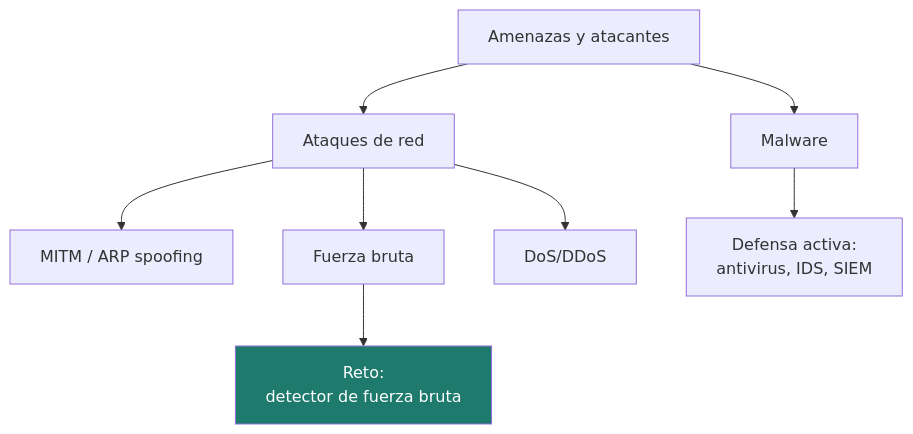
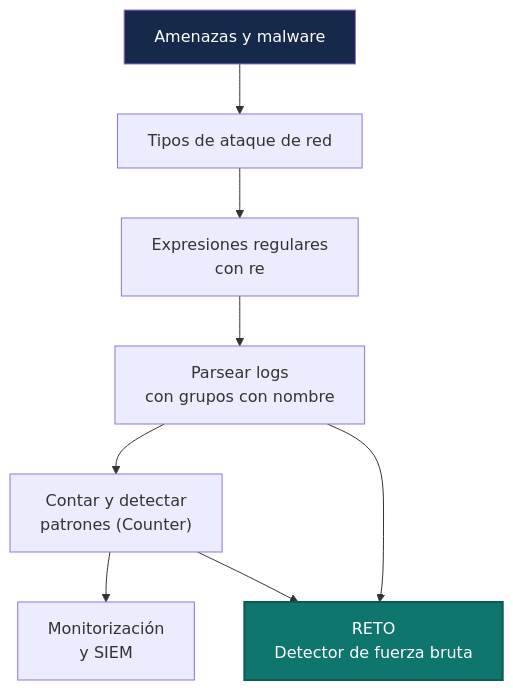
Before and after one commit to campusdevfp/cybersec2627: the first of 5 diagrams in docs/ud2/index.md, drawn with Mermaid. The commit also changed other lines of this file and 5 other files, not shown here.

````diff
--- a/docs/ud2/index.md
+++ b/docs/ud2/index.md
@@ -15,11 +10,12 @@
 ```mermaid
 flowchart TB
-    A[Amenazas y atacantes] --> B[Malware]
-    A --> C[Ataques de red]
-    C --> C1[MITM / ARP spoofing]
-    C --> C2[Fuerza bruta]
-    C --> C3[DoS/DDoS]
-    B --> D[Defensa activa:<br/>antivirus, IDS, SIEM]
-    C2 --> P[Reto:<br/>detector de fuerza bruta]
-    style P fill:#1d7a6c,color:#fff
+    A["Amenazas y malware"] --> B["Tipos de ataque de red"]
+    B --> C["Expresiones regulares<br/>con re"]
+    C --> D["Parsear logs<br/>con grupos con nombre"]
+    D --> E["Contar y detectar<br/>patrones (Counter)"]
+    E --> F["Monitorización<br/>y SIEM"]
+    D --> P["RETO<br/>Detector de fuerza bruta"]
+    E --> P
+    style P fill:#0f766e,color:#fff,stroke:#0a5c52,stroke-width:2px
+    style A fill:#16294a,color:#fff
 ```
````
